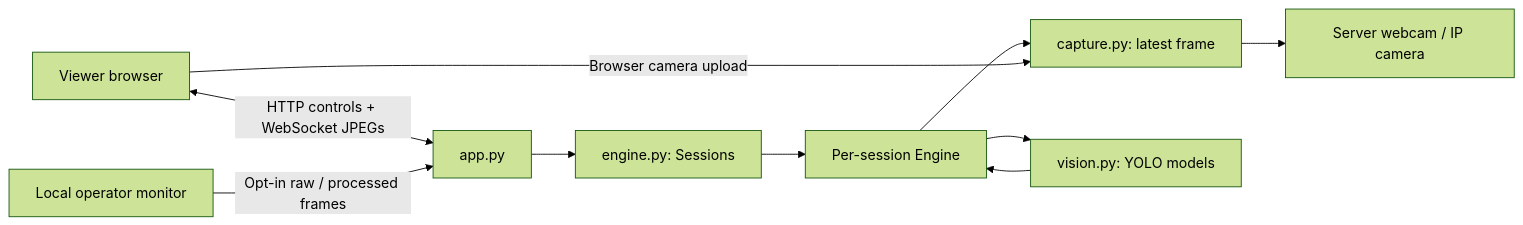
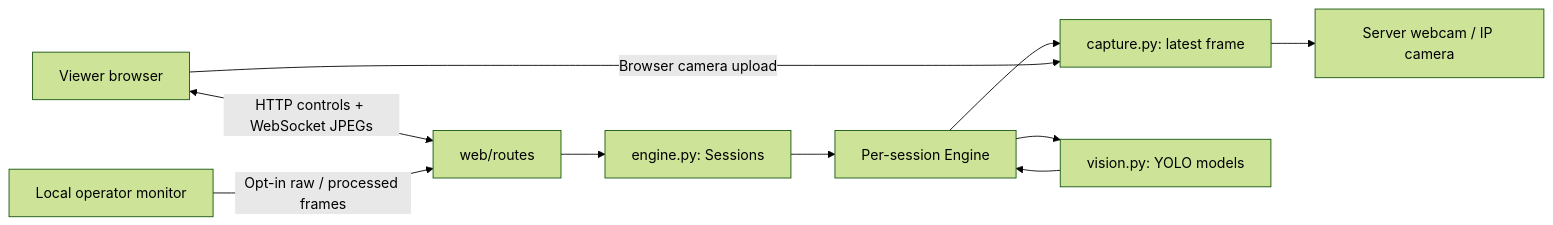
Before and after one commit to AlzgamerCS/yolo-demo: the diagram in docs/architecture.md, drawn with Mermaid (forest theme). The commit also changed other lines of this file and 23 other files, not shown here.

Commit message:
Separate web routes, CLI entry points, and packaged frontend assets

````diff
--- a/docs/architecture.md
+++ b/docs/architecture.md
@@ -7,12 +7,12 @@
 ```mermaid
 flowchart LR
-    Browser[Viewer browser] <-->|HTTP controls + WebSocket JPEGs| API[app.py]
+    Browser[Viewer browser] <-->|HTTP controls + WebSocket JPEGs| API[web/routes]
     API --> Sessions[engine.py: Sessions]
     Sessions --> Worker[Per-session Engine]
     Worker --> Capture[capture.py: latest frame]
     Capture --> Webcam[Server webcam / IP camera]
     Browser -->|Browser camera upload| Capture
     Worker --> Vision[vision.py: YOLO models]
     Vision --> Worker
     Local[Local operator monitor] -->|Opt-in raw / processed frames| API
 ```
````
